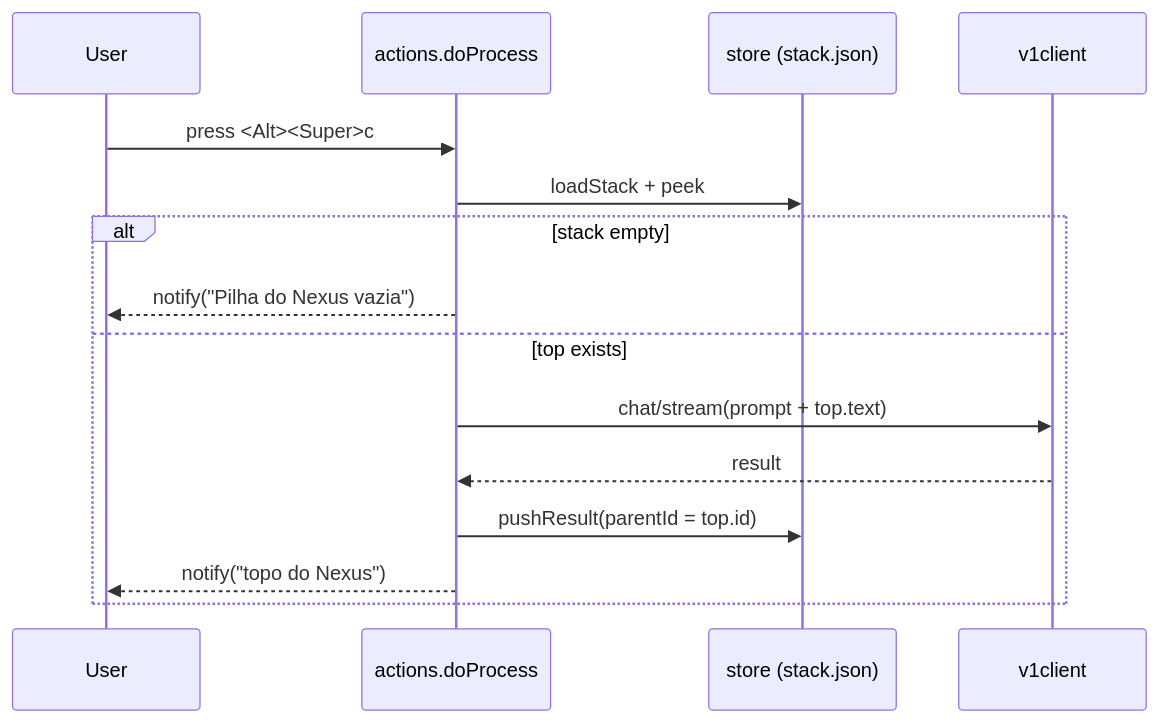
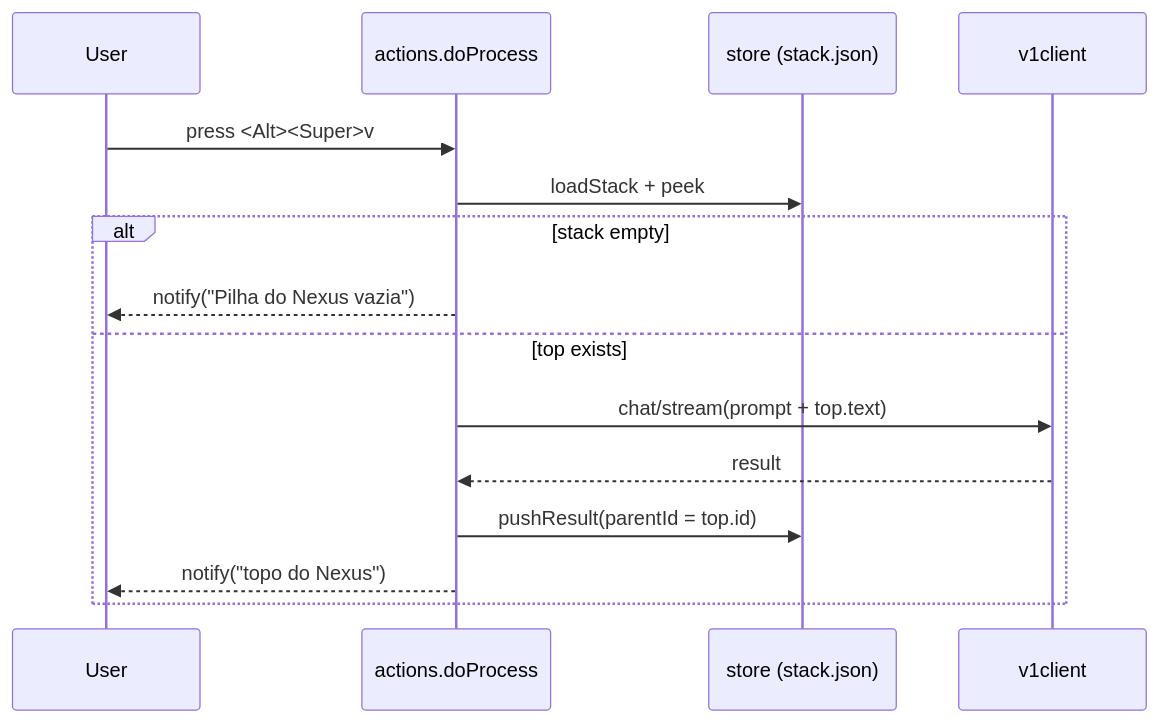
The third of 5 diagrams in docs/ARCHITECTURE.md (bbanho/nexus-clip-gnome), drawn with Mermaid before and after one commit. The commit also changed other lines of this file and 11 other files, not shown here.

First line of the commit message:
docs: record ADR-0014/0015 and update guides for the new flow

````diff
--- a/docs/ARCHITECTURE.md
+++ b/docs/ARCHITECTURE.md
@@ -165,17 +165,17 @@
 ```mermaid
 sequenceDiagram
   participant U as User
   participant S as actions.doProcess
   participant St as store (stack.json)
   participant V as v1client
-  U->>S: press <Alt><Super>c
+  U->>S: press <Alt><Super>v
   S->>St: loadStack + peek
   alt stack empty
     S-->>U: notify("Pilha do Nexus vazia")
   else top exists
     S->>V: chat/stream(prompt + top.text)
     V-->>S: result
     S->>St: pushResult(parentId = top.id)
     S-->>U: notify("topo do Nexus")
   end
 ```
````
